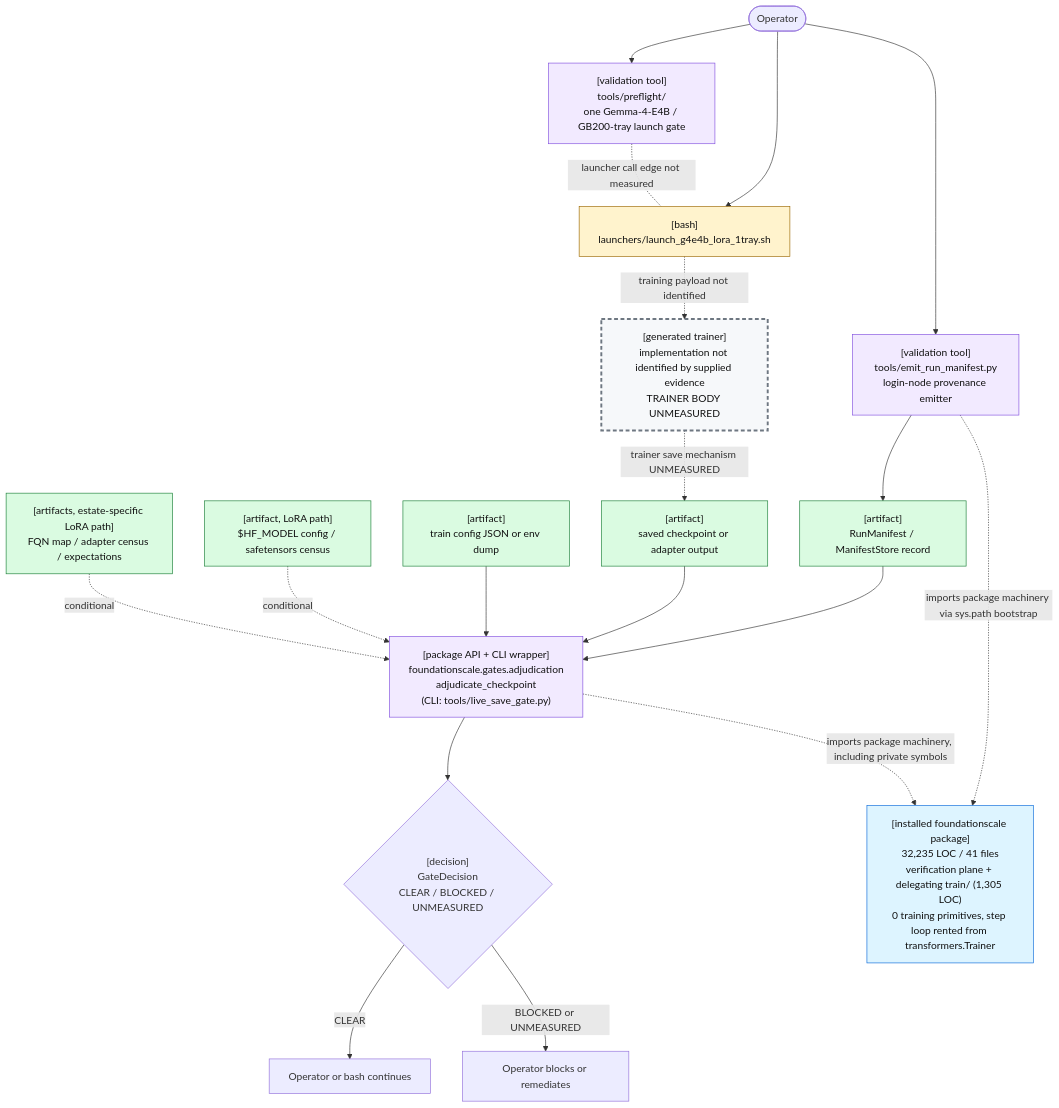
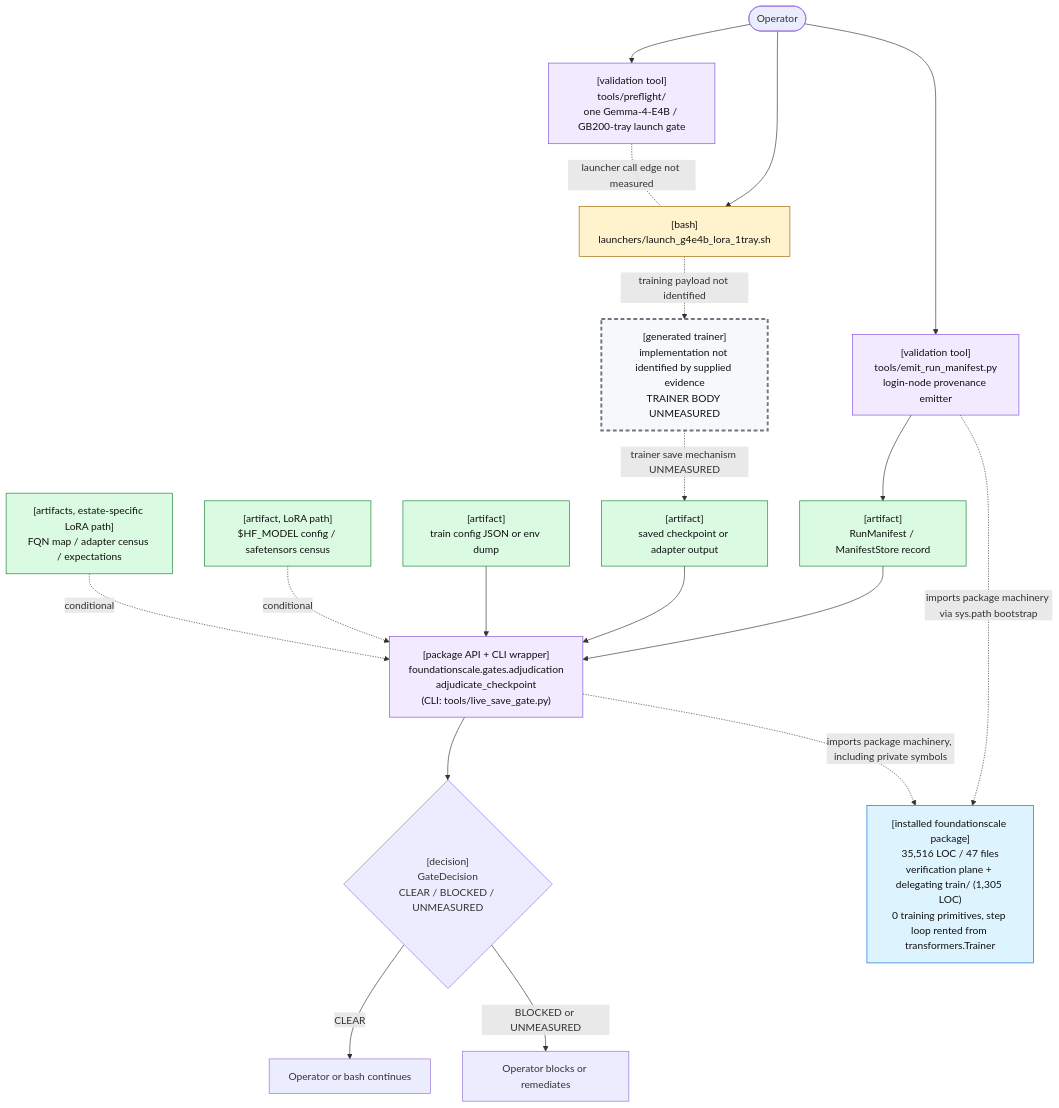
The first of 2 diagrams in docs/review/D2_current_architecture.md (TranNhiem/FoundationScale), drawn with Mermaid before and after one commit. The commit also changed other lines of this file and 33 other files, not shown here.

````diff
--- a/docs/review/D2_current_architecture.md
+++ b/docs/review/D2_current_architecture.md
@@ -25,59 +25,59 @@
 ```mermaid
 flowchart TB
   O(["Operator"])
 
   PF["[validation tool]<br/>tools/preflight/<br/>one Gemma-4-E4B / GB200-tray launch gate"]
   L["[bash]<br/>launchers/launch_g4e4b_lora_1tray.sh"]
 
   E["[validation tool]<br/>tools/emit_run_manifest.py<br/>login-node provenance emitter"]
   M["[artifact]<br/>RunManifest / ManifestStore record"]
 
   T["[generated trainer]<br/>implementation not identified by supplied evidence<br/>TRAINER BODY UNMEASURED"]
   C["[artifact]<br/>saved checkpoint or adapter output"]
 
   G["[package API + CLI wrapper]<br/>foundationscale.gates.adjudication<br/>adjudicate_checkpoint<br/>(CLI: tools/live_save_gate.py)"]
   CFG["[artifact]<br/>train config JSON or env dump"]
   BASE["[artifact, LoRA path]<br/>$HF_MODEL config / safetensors census"]
   CEN["[artifacts, estate-specific LoRA path]<br/>FQN map / adapter census / expectations"]
 
   D{"[decision]<br/>GateDecision<br/>CLEAR / BLOCKED / UNMEASURED"}
   OK["Operator or bash continues"]
   NO["Operator blocks or remediates"]
 
-  PKG["[installed foundationscale package]<br/>32,235 LOC / 41 files<br/>verification plane + delegating train/ (1,305 LOC)<br/>0 training primitives, step loop rented from transformers.Trainer"]
+  PKG["[installed foundationscale package]<br/>35,516 LOC / 47 files<br/>verification plane + delegating train/ (1,305 LOC)<br/>0 training primitives, step loop rented from transformers.Trainer"]
 
   O --> PF
   O --> L
   PF -. "launcher call edge not measured" .- L
 
   O --> E
   E --> M
 
   L -. "training payload not identified" .-> T
   T -. "trainer save mechanism UNMEASURED" .-> C
 
   M --> G
   C --> G
   CFG --> G
   BASE -. "conditional" .-> G
   CEN -. "conditional" .-> G
 
   E -. "imports package machinery via sys.path bootstrap" .-> PKG
   G -. "imports package machinery, including private symbols" .-> PKG
 
   G --> D
   D -->|"CLEAR"| OK
   D -->|"BLOCKED or UNMEASURED"| NO
 
   classDef bash fill:#fff3cd,stroke:#9a6700,color:#111;
   classDef tool fill:#f2eaff,stroke:#8250df,color:#111;
   classDef artifact fill:#dafbe1,stroke:#1a7f37,color:#111;
   classDef gap fill:#f6f8fa,stroke:#6e7781,stroke-width:3px,stroke-dasharray: 6 4,color:#111;
   classDef pkg fill:#ddf4ff,stroke:#0969da,color:#111;
 
   class L bash;
   class PF,E,G tool;
   class M,C,CFG,BASE,CEN artifact;
   class T gap;
   class PKG pkg;
 ```
````
